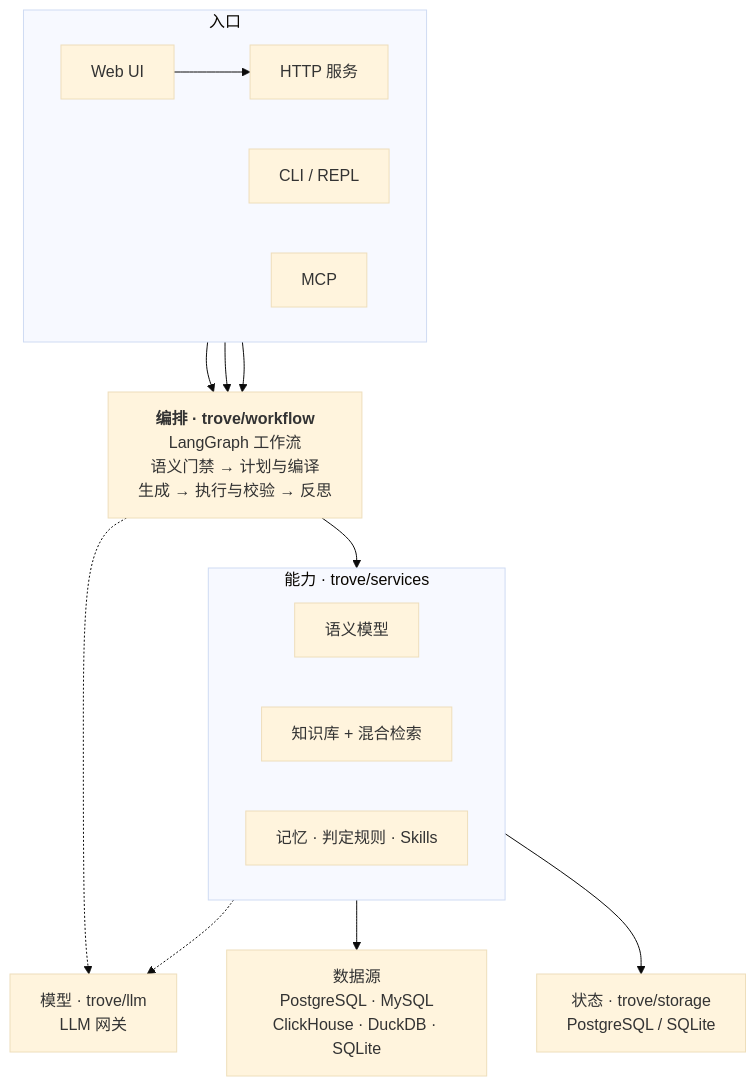
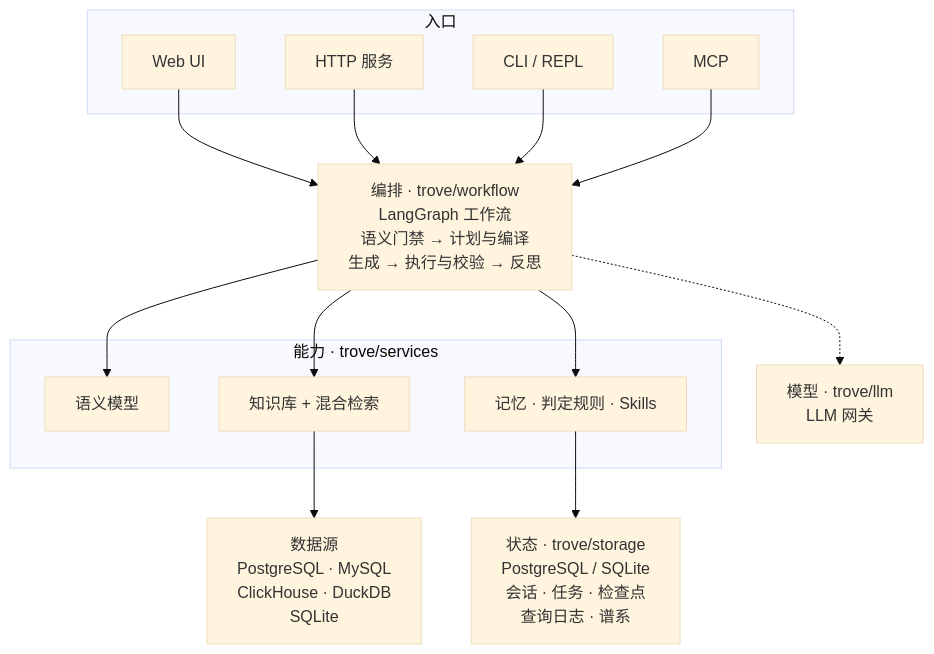
One commit to Nivane/trove changed the first of 3 diagrams in README.md. Above: the diagram before and after it, drawn with Mermaid (base theme). The commit also changed other lines of this file and 4 other files, not shown here.

First line of the commit message:
docs(diagrams): README 与架构页 mermaid 重排——去跨带连线、等高框、去孤字

````diff
--- a/README.md
+++ b/README.md
@@ -46,31 +46,32 @@
 ```mermaid
 flowchart TB
     subgraph entry["入口"]
-        direction LR
-        UI["Web UI"] --> SRV["HTTP 服务"]
+        UI["Web UI"]
+        SRV["HTTP 服务"]
         CLI["CLI / REPL"]
         MCP["MCP"]
     end
 
-    WF["<b>编排 · trove/workflow</b><br/>LangGraph 工作流<br/>语义门禁 → 计划与编译<br/>生成 → 执行与校验 → 反思"]
+    WF["编排 · trove/workflow<br/>LangGraph 工作流<br/>语义门禁 → 计划与编译<br/>生成 → 执行与校验 → 反思"]
 
     subgraph caps["能力 · trove/services"]
-        direction LR
         SEM["语义模型"]
         KB["知识库 + 混合检索"]
         MEM["记忆 · 判定规则 · Skills"]
     end
 
     LLM["模型 · trove/llm<br/>LLM 网关"]
-    DS["数据源<br/>PostgreSQL · MySQL<br/>ClickHouse · DuckDB · SQLite"]
-    STATE["状态 · trove/storage<br/>PostgreSQL / SQLite"]
+    DS["数据源<br/>PostgreSQL · MySQL<br/>ClickHouse · DuckDB<br/>SQLite"]
+    STATE["状态 · trove/storage<br/>PostgreSQL / SQLite<br/>会话 · 任务 · 检查点<br/>查询日志 · 谱系"]
 
+    UI --> WF
     SRV --> WF
     CLI --> WF
     MCP --> WF
-    WF --> caps
+    WF --> SEM
+    WF --> KB
+    WF --> MEM
+    WF -.-> LLM
     KB --> DS
     MEM --> STATE
-    WF -.-> LLM
-    caps -.-> LLM
 ```
````
